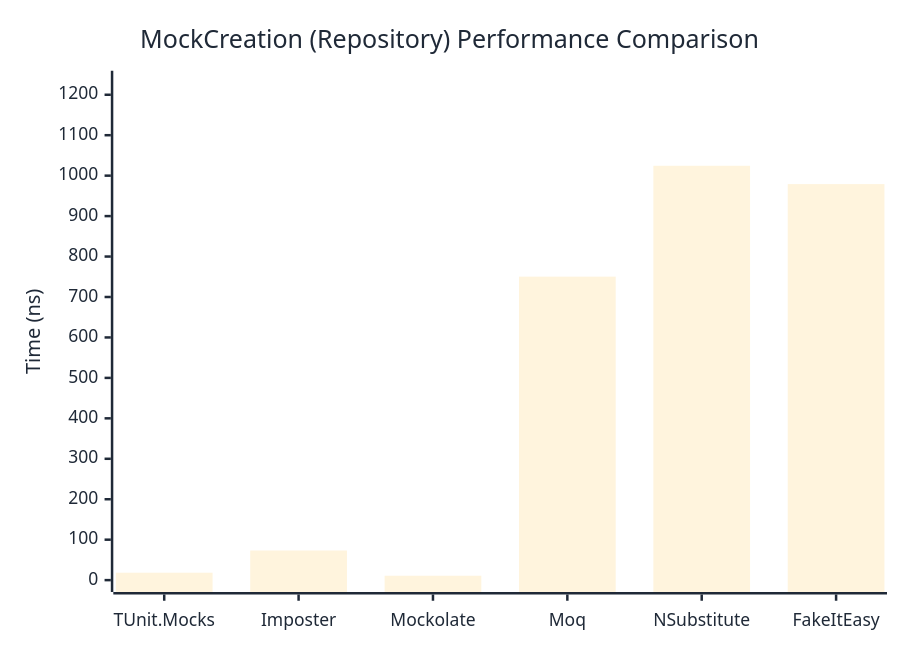
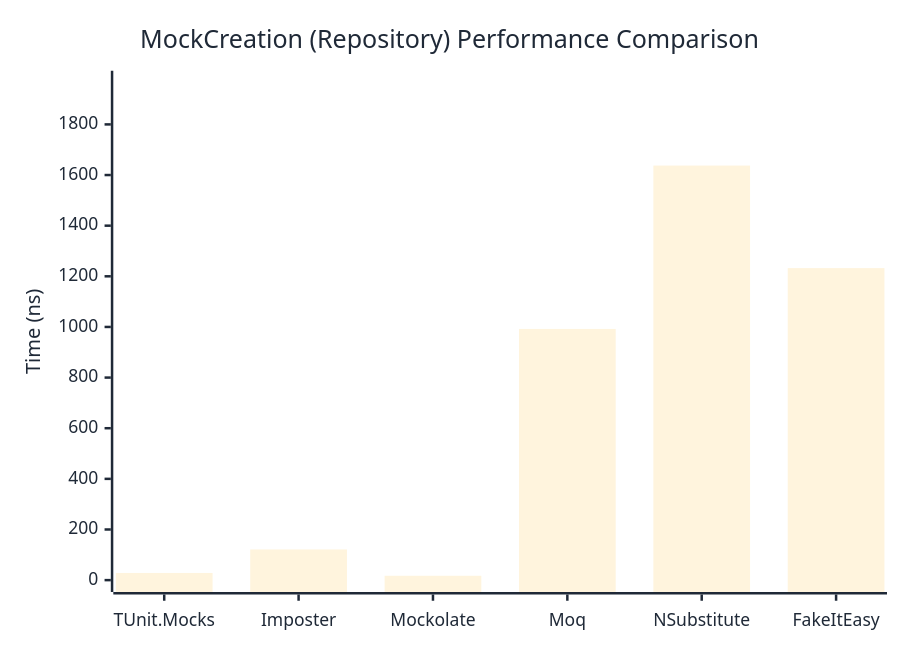
Before and after one commit to thomhurst/TUnit: the second of 2 diagrams in docs/docs/benchmarks/mocks/MockCreation.md, drawn with Mermaid. The commit also changed other lines of this file and 14 other files, not shown here.

````diff
--- a/docs/docs/benchmarks/mocks/MockCreation.md
+++ b/docs/docs/benchmarks/mocks/MockCreation.md
@@ -71,27 +71,27 @@
 ```mermaid
 %%{init: {
   'theme':'base',
   'themeVariables': {
     'primaryColor': '#2563eb',
     'primaryTextColor': '#1f2937',
     'primaryBorderColor': '#1e40af',
     'lineColor': '#6b7280',
     'secondaryColor': '#7c3aed',
     'tertiaryColor': '#dc2626',
     'background': '#ffffff',
     'pie1': '#2563eb',
     'pie2': '#7c3aed',
     'pie3': '#dc2626',
     'pie4': '#f59e0b',
     'pie5': '#10b981',
     'pie6': '#06b6d4',
     'pie7': '#ec4899',
     'pie8': '#6366f1'
   }
 }}%%
 xychart-beta
   title "MockCreation (Repository) Performance Comparison"
   x-axis ["TUnit.Mocks", "Imposter", "Mockolate", "Moq", "NSubstitute", "FakeItEasy"]
-  y-axis "Time (ns)" 0 --> 1230
-  bar [18.37, 73.25, 10.84, 750.33, 1024.43, 979.12]
+  y-axis "Time (ns)" 0 --> 1965
+  bar [28.28, 121.16, 17.2, 992.12, 1637.39, 1232.46]
 ```
````
